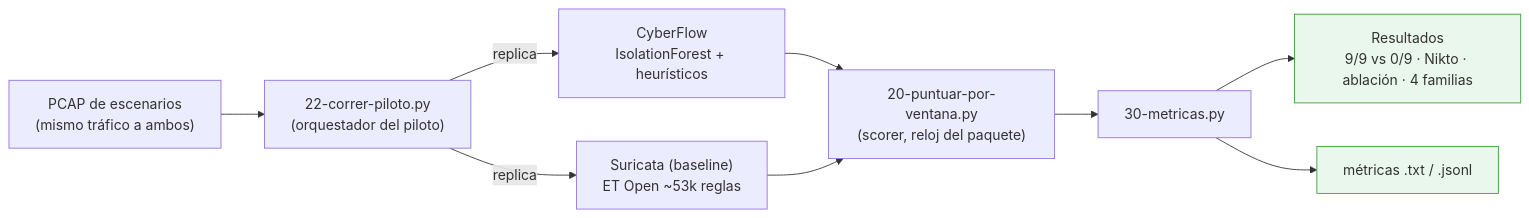
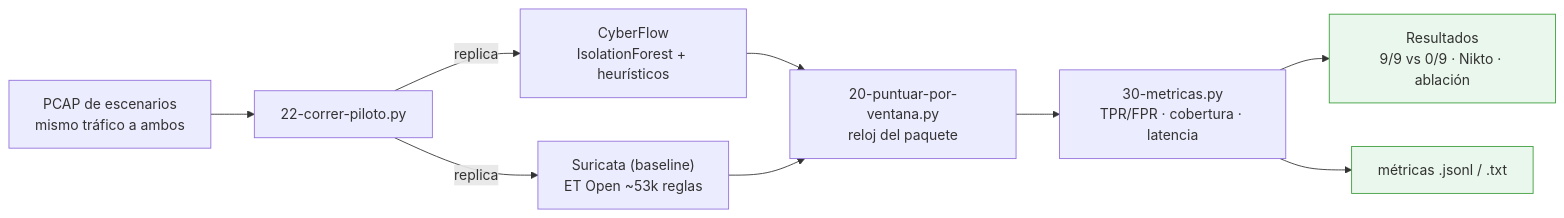
One commit to marksato13/VF-PPI-TESIS-ORQUESTACION changed the diagram in 02-metodologia/metodologia-7-fases/F4-experimento-y-evaluacion.md. Above: the diagram before and after it, drawn with Mermaid. The commit also changed other lines of this file and 6 other files, not shown here.

````diff
--- a/02-metodologia/metodologia-7-fases/F4-experimento-y-evaluacion.md
+++ b/02-metodologia/metodologia-7-fases/F4-experimento-y-evaluacion.md
@@ -11,16 +11,15 @@
 ```mermaid
 flowchart LR
-  PCAP["PCAP de escenarios<br/>(mismo tráfico a ambos)"]
-  ORQ["22-correr-piloto.py<br/>(orquestador del piloto)"]
+  PCAP["PCAP de escenarios<br/>mismo tráfico a ambos"]
+  ORQ["22-correr-piloto.py"]
   PCAP --> ORQ
   ORQ -->|replica| CF["CyberFlow<br/>IsolationForest + heurísticos"]
   ORQ -->|replica| SUR["Suricata (baseline)<br/>ET Open ~53k reglas"]
-  CF --> SCO["20-puntuar-por-ventana.py<br/>(scorer, reloj del paquete)"]
+  CF --> SCO["20-puntuar-por-ventana.py<br/>reloj del paquete"]
   SUR --> SCO
-  SCO --> MET["30-metricas.py"]
-  MET --> RES["Resultados<br/>9/9 vs 0/9 · Nikto · ablación · 4 familias"]
-  MET --> TXT["métricas .txt / .jsonl"]
-
+  SCO --> MET["30-metricas.py<br/>TPR/FPR · cobertura · latencia"]
+  MET --> RES["Resultados<br/>9/9 vs 0/9 · Nikto · ablación"]
+  MET --> TXT["métricas .jsonl / .txt"]
   classDef out fill:#EAF7EC,stroke:#3A9D3A;
   class RES,TXT out;
 ```
````
